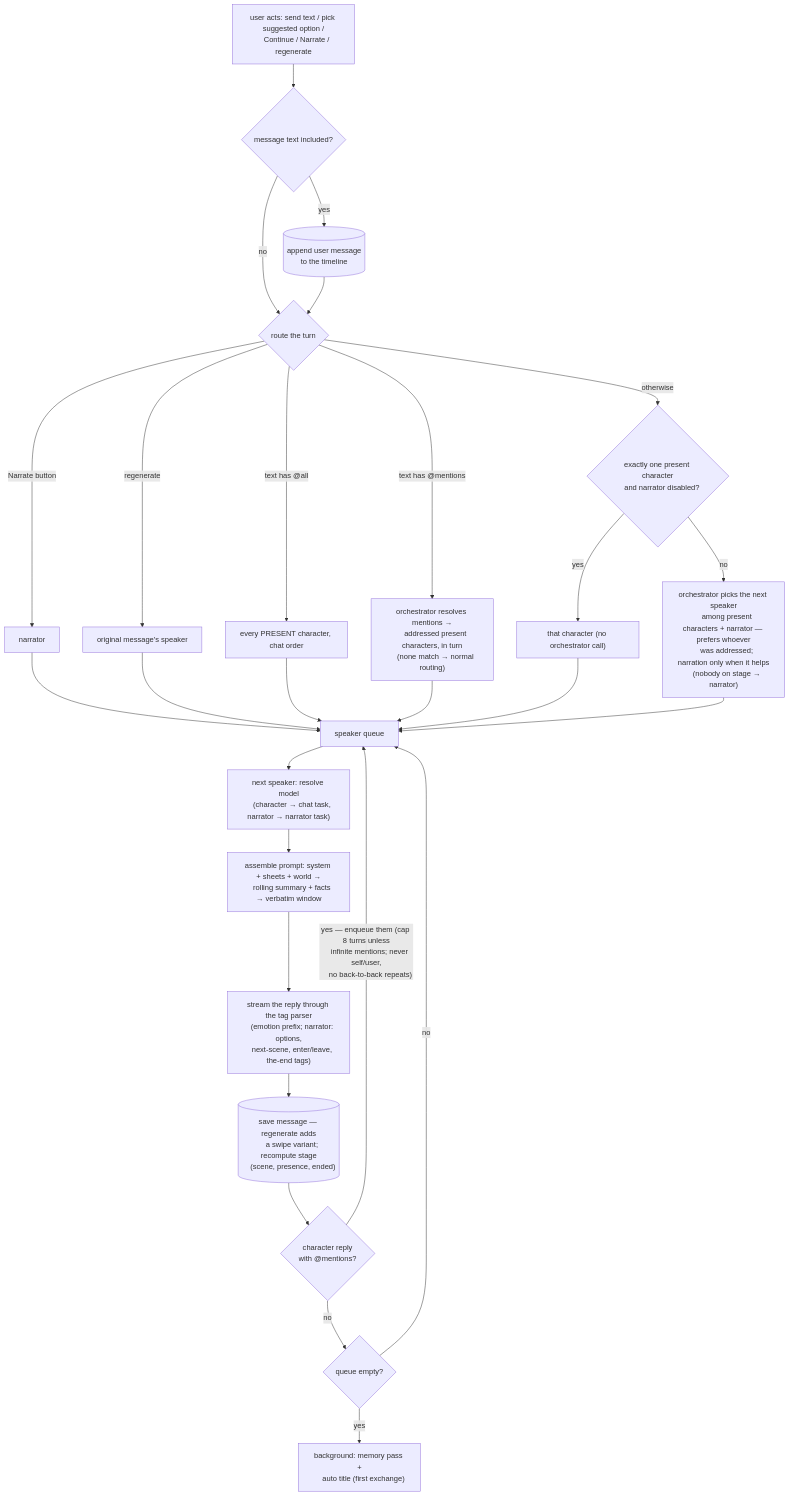
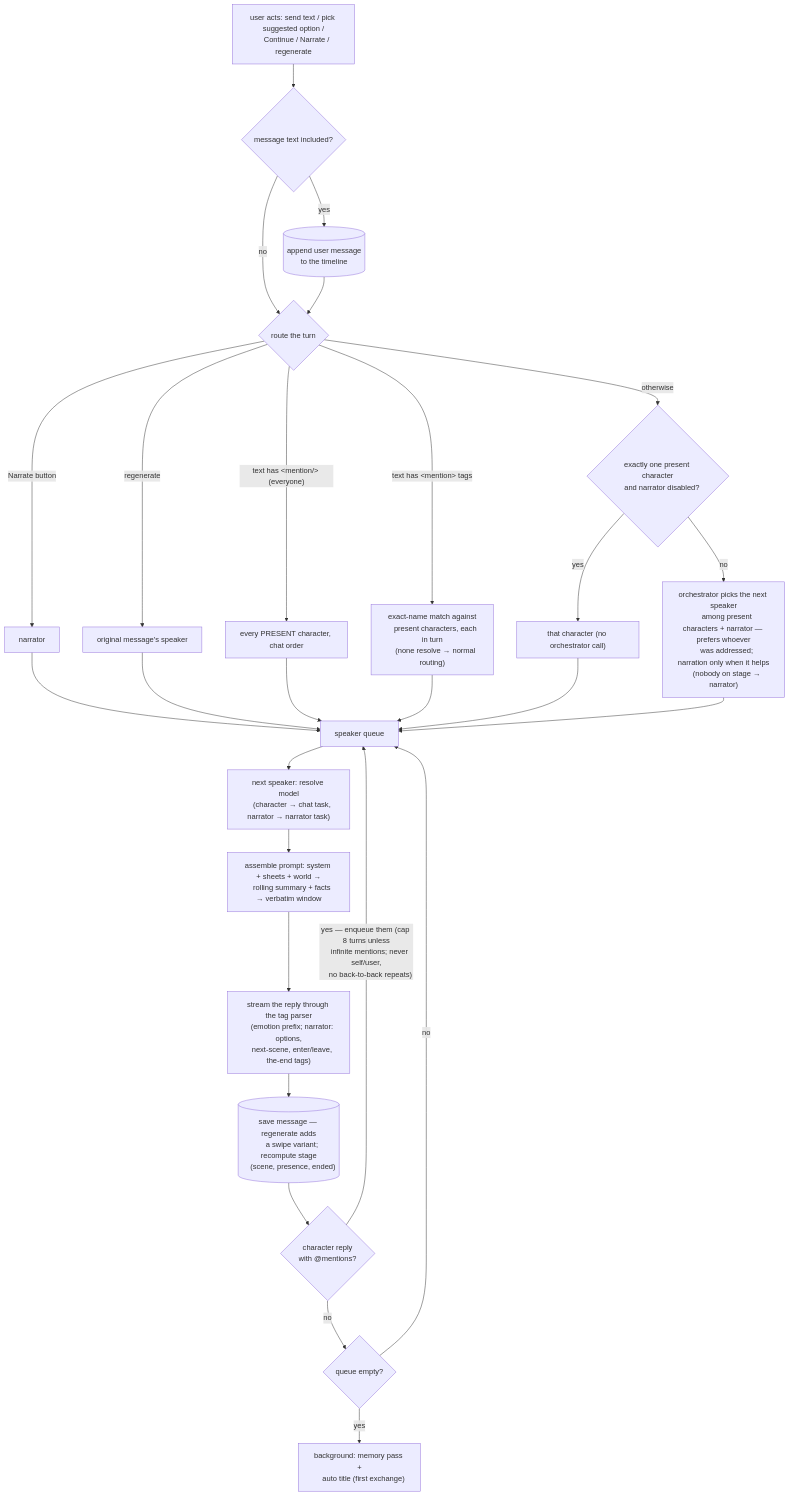
Before and after one commit to seancheung/animachat: the diagram in SPEC.md, drawn with Mermaid. The commit also changed other lines of this file and 10 other files, not shown here.

First line of the commit message:
feat: mentions become <mention> tags with a messenger-style @ picker

````diff
--- a/SPEC.md
+++ b/SPEC.md
@@ -117,50 +117,50 @@
 ```mermaid
 flowchart TD
     U["user acts: send text / pick suggested option /
     Continue / Narrate / regenerate"] --> HasText{"message text included?"}
     HasText -- yes --> Save[("append user message
     to the timeline")]
     HasText -- no --> Route
     Save --> Route{"route the turn"}
 
     Route -- "Narrate button" --> Narr["narrator"]
     Route -- regenerate --> Regen["original message's speaker"]
-    Route -- "text has @all" --> All["every PRESENT character, chat order"]
-    Route -- "text has @mentions" --> Ment["orchestrator resolves mentions →
-    addressed present characters, in turn
-    (none match → normal routing)"]
+    Route -- "text has &lt;mention/&gt; (everyone)" --> All["every PRESENT character, chat order"]
+    Route -- "text has &lt;mention&gt; tags" --> Ment["exact-name match against
+    present characters, each in turn
+    (none resolve → normal routing)"]
     Route -- otherwise --> Single{"exactly one present character
     and narrator disabled?"}
     Single -- yes --> That["that character (no orchestrator call)"]
     Single -- no --> Orch["orchestrator picks the next speaker
     among present characters + narrator — prefers whoever
     was addressed; narration only when it helps
     (nobody on stage → narrator)"]
 
     Narr --> Q["speaker queue"]
     Regen --> Q
     All --> Q
     Ment --> Q
     That --> Q
     Orch --> Q
 
     Q --> Turn["next speaker: resolve model
     (character → chat task, narrator → narrator task)"]
     Turn --> Prompt["assemble prompt: system + sheets + world →
     rolling summary + facts → verbatim window"]
     Prompt --> Stream["stream the reply through the tag parser
     (emotion prefix; narrator: options,
     next-scene, enter/leave, the-end tags)"]
     Stream --> Persist[("save message — regenerate adds
     a swipe variant; recompute stage
     (scene, presence, ended)")]
     Persist --> Chain{"character reply
     with @mentions?"}
     Chain -- "yes — enqueue them (cap 8 turns unless
     infinite mentions; never self/user,
     no back-to-back repeats)" --> Q
     Chain -- no --> More{"queue empty?"}
     More -- no --> Q
     More -- yes --> Bg["background: memory pass +
     auto title (first exchange)"]
 ```
````
